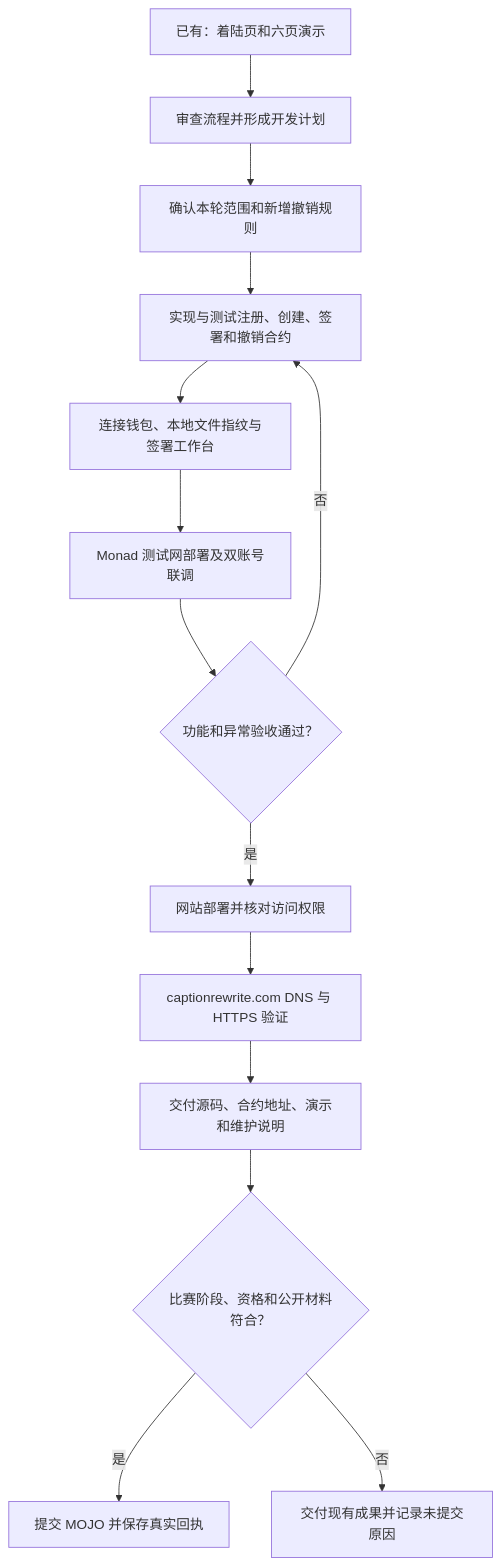
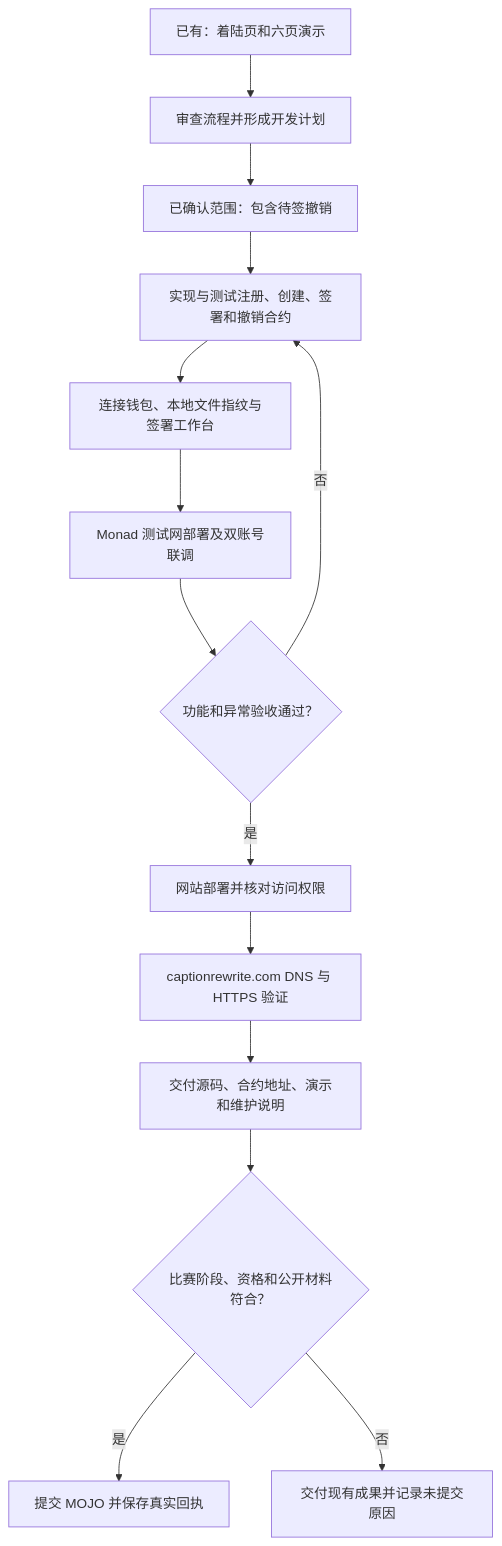
Before and after one commit to Allenth/monad-spark: the first of 2 diagrams in docs/FLOW_REVIEW.md, drawn with Mermaid. The commit also changed other lines of this file and 8 other files, not shown here.

````diff
--- a/docs/FLOW_REVIEW.md
+++ b/docs/FLOW_REVIEW.md
@@ -24,16 +24,16 @@
 ```mermaid
 flowchart TD
     A[已有：着陆页和六页演示] --> B[审查流程并形成开发计划]
-    B --> C[确认本轮范围和新增撤销规则]
+    B --> C[已确认范围：包含待签撤销]
     C --> D[实现与测试注册、创建、签署和撤销合约]
     D --> E[连接钱包、本地文件指纹与签署工作台]
     E --> F[Monad 测试网部署及双账号联调]
     F --> G{功能和异常验收通过？}
     G -->|否| D
     G -->|是| H[网站部署并核对访问权限]
     H --> I[captionrewrite.com DNS 与 HTTPS 验证]
     I --> J[交付源码、合约地址、演示和维护说明]
     J --> K{比赛阶段、资格和公开材料符合？}
     K -->|是| L[提交 MOJO 并保存真实回执]
     K -->|否| M[交付现有成果并记录未提交原因]
 ```
````
